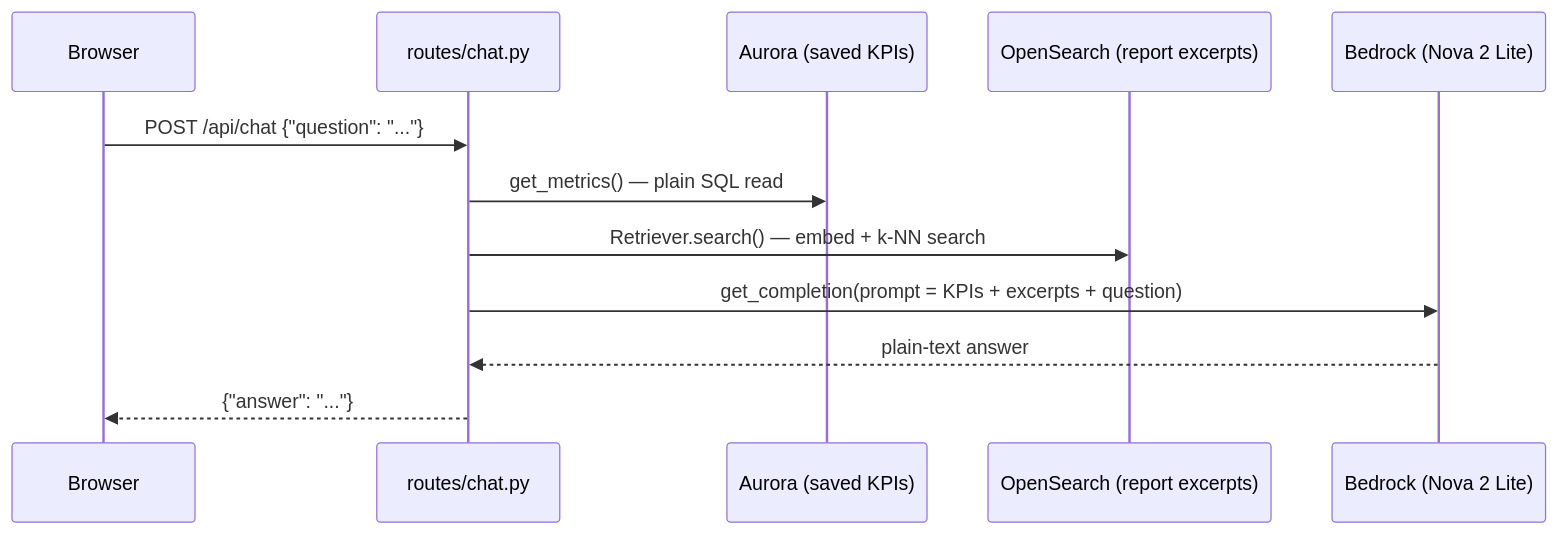
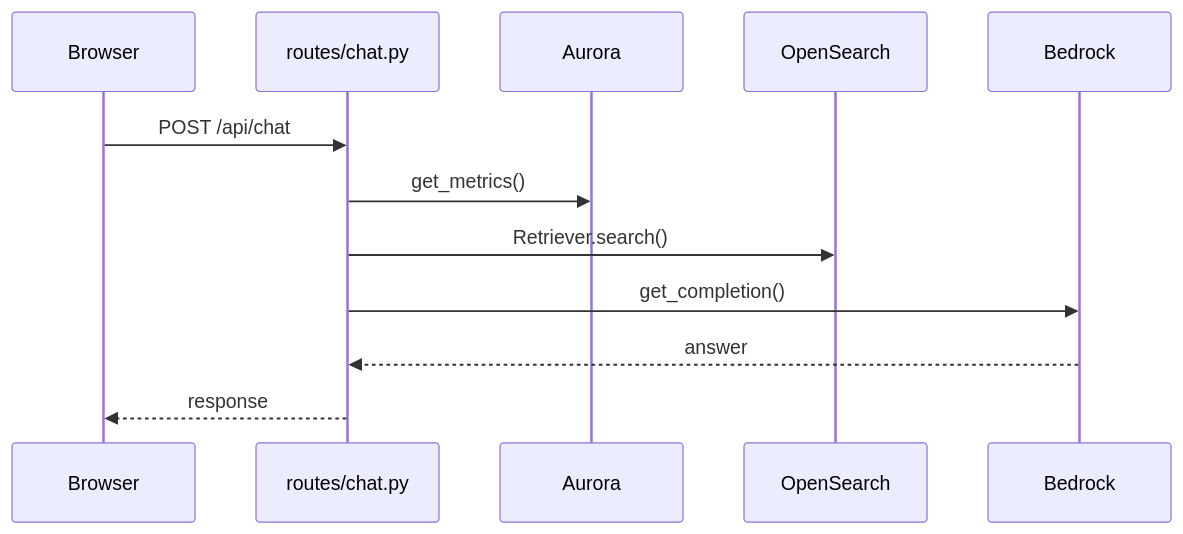
The second of 3 diagrams in README.md (space-cowman/investor-intelligence-rag), drawn with Mermaid before and after one commit. The commit also changed other lines of this file, not shown here.

````diff
--- a/README.md
+++ b/README.md
@@ -78,15 +85,15 @@
 ```mermaid
 sequenceDiagram
     participant U as Browser
     participant R as routes/chat.py
-    participant A as Aurora (saved KPIs)
-    participant O as OpenSearch (report excerpts)
-    participant B as Bedrock (Nova 2 Lite)
+    participant A as Aurora
+    participant O as OpenSearch
+    participant B as Bedrock
 
-    U->>R: POST /api/chat {"question": "..."}
-    R->>A: get_metrics() — plain SQL read
-    R->>O: Retriever.search() — embed + k-NN search
-    R->>B: get_completion(prompt = KPIs + excerpts + question)
-    B-->>R: plain-text answer
-    R-->>U: {"answer": "..."}
+    U->>R: POST /api/chat
+    R->>A: get_metrics()
+    R->>O: Retriever.search()
+    R->>B: get_completion()
+    B-->>R: answer
+    R-->>U: response
 ```
````
